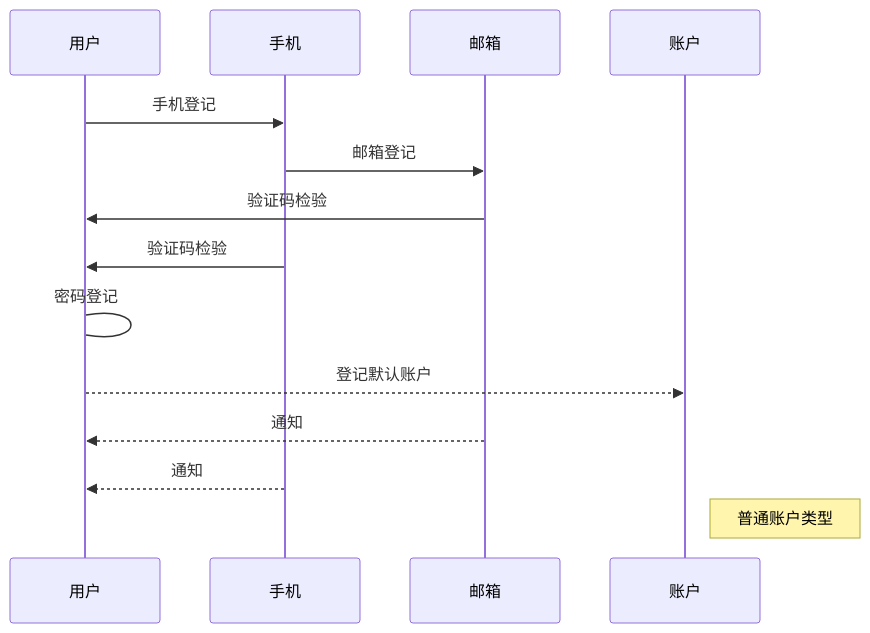
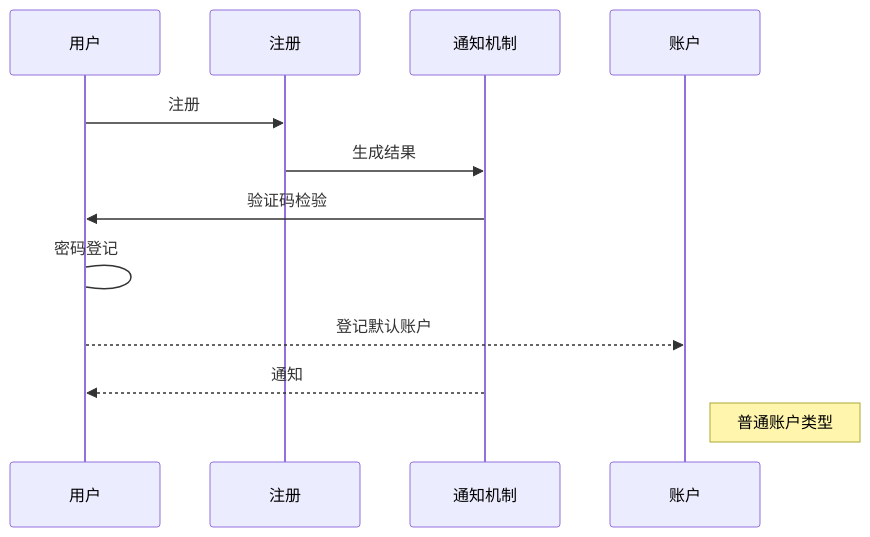
The third of 15 diagrams in Readme.md (neomaclin/designdoc), drawn with Mermaid before and after one commit. The commit also changed other lines of this file, not shown here.

````diff
--- a/Readme.md
+++ b/Readme.md
@@ -36,19 +55,17 @@
 ```mermaid
 
 sequenceDiagram
     participant u as 用户
-    participant p as 手机
-    participant m as 邮箱
+    participant r as 注册
+    participant n as 通知机制
     participant a as 账户
 
-    u->>p: 手机登记
-    p->>m: 邮箱登记
-    m->>u: 验证码检验
-    p->>u: 验证码检验
-    u->u: 密码登记
-    u-->>a: 登记默认账户
-    m-->>u: 通知
-    p-->>u: 通知
+    u ->> r: 注册
+    r ->> n: 生成结果
+    n ->>u: 验证码检验
+    u ->u: 密码登记
+    u -->>a: 登记默认账户
+    n -->>u: 通知
     Note right of a: 普通账户类型
 
 ```
````
